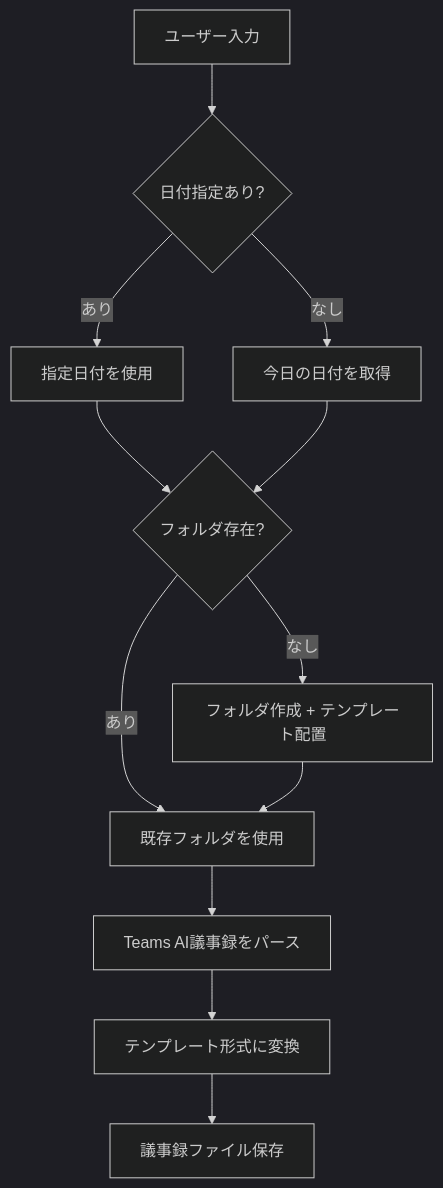
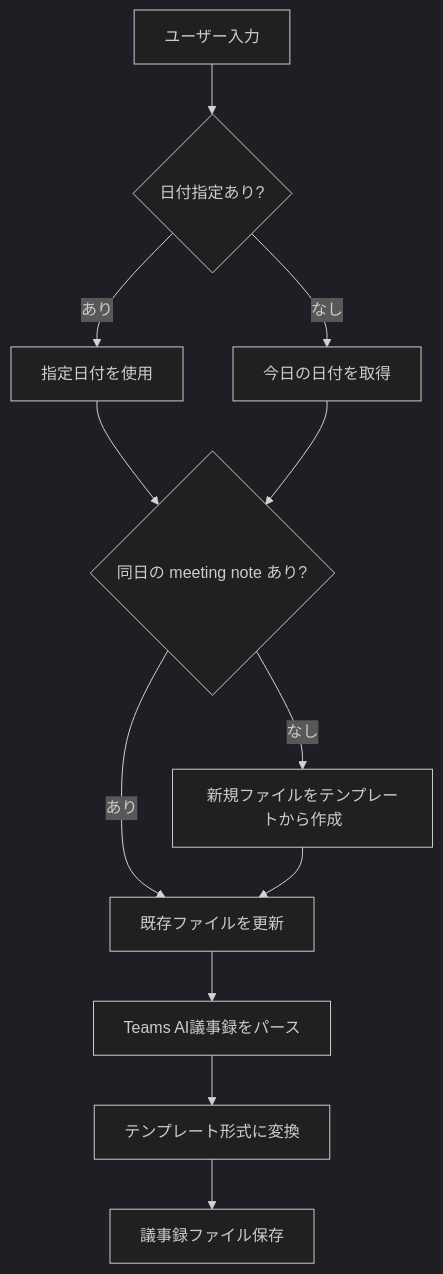
The diagram in customer-workspace/assets/convert-meeting-minutes.prompt.md (aktsmm/Agent-Skills), drawn with Mermaid (dark theme) before and after one commit. The commit also changed other lines of this file and 19 other files, not shown here.

````diff
--- a/customer-workspace/assets/convert-meeting-minutes.prompt.md
+++ b/customer-workspace/assets/convert-meeting-minutes.prompt.md
@@ -16,14 +16,14 @@
 ```mermaid
 graph TD
     A[ユーザー入力] --> B{日付指定あり?}
     B -->|あり| C[指定日付を使用]
     B -->|なし| D[今日の日付を取得]
-    C --> E{フォルダ存在?}
+    C --> E{同日の meeting note あり?}
     D --> E
-    E -->|なし| F[フォルダ作成 + テンプレート配置]
-    E -->|あり| G[既存フォルダを使用]
+    E -->|なし| F[新規ファイルをテンプレートから作成]
+    E -->|あり| G[既存ファイルを更新]
     F --> G
     G --> H[Teams AI議事録をパース]
     H --> I[テンプレート形式に変換]
     I --> J[議事録ファイル保存]
 ```
````
